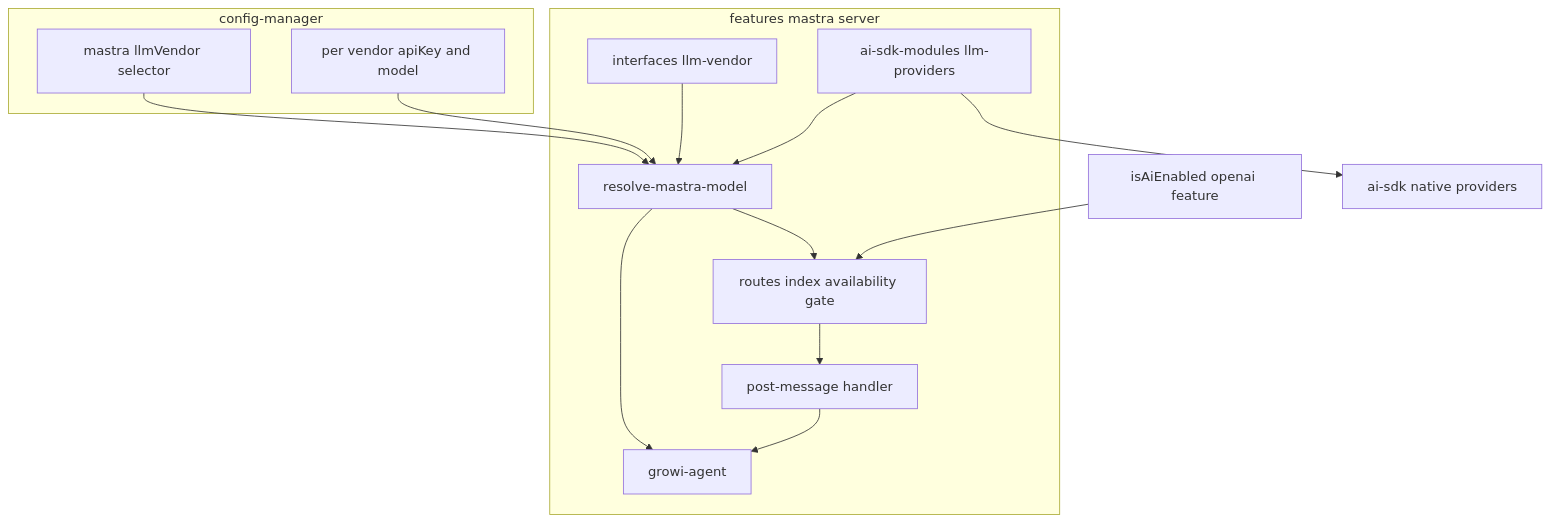
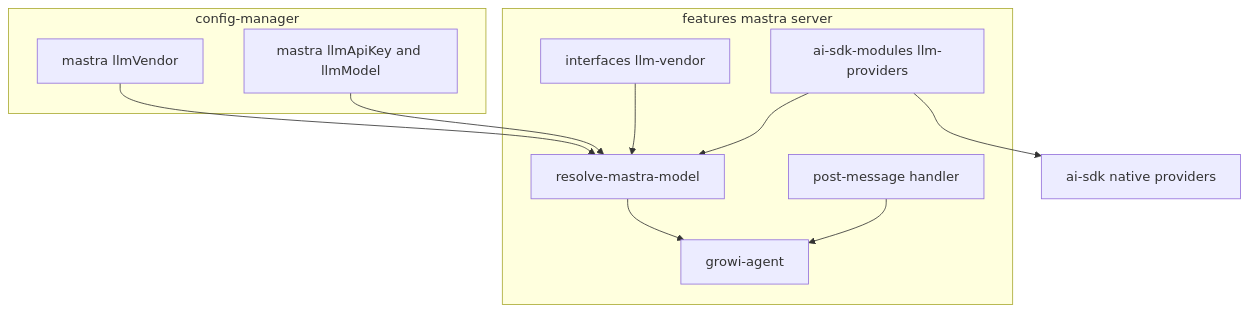
Before and after one commit to growilabs/growi: the first of 2 diagrams in .kiro/specs/multi-llm-provider/design.md, drawn with Mermaid. The commit also changed other lines of this file and 3 other files, not shown here.

````diff
--- a/.kiro/specs/multi-llm-provider/design.md
+++ b/.kiro/specs/multi-llm-provider/design.md
@@ -61,28 +61,23 @@
 ```mermaid
 graph TB
   subgraph config[config-manager]
-    Vendor[mastra llmVendor selector]
-    Keys[per vendor apiKey and model]
+    Vendor[mastra llmVendor]
+    Keys[mastra llmApiKey and llmModel]
   end
   subgraph mastra[features mastra server]
     VendorTypes[interfaces llm-vendor]
     Factories[ai-sdk-modules llm-providers]
     Resolver[resolve-mastra-model]
     Agent[growi-agent]
-    Gate[routes index availability gate]
     Route[post-message handler]
   end
-  AiEnabled[isAiEnabled openai feature]
   SDK[ai-sdk native providers]
 
   VendorTypes --> Resolver
   Vendor --> Resolver
   Keys --> Resolver
   Factories --> Resolver
   Factories --> SDK
   Resolver --> Agent
-  Resolver --> Gate
-  AiEnabled --> Gate
-  Gate --> Route
   Route --> Agent
 ```
````
